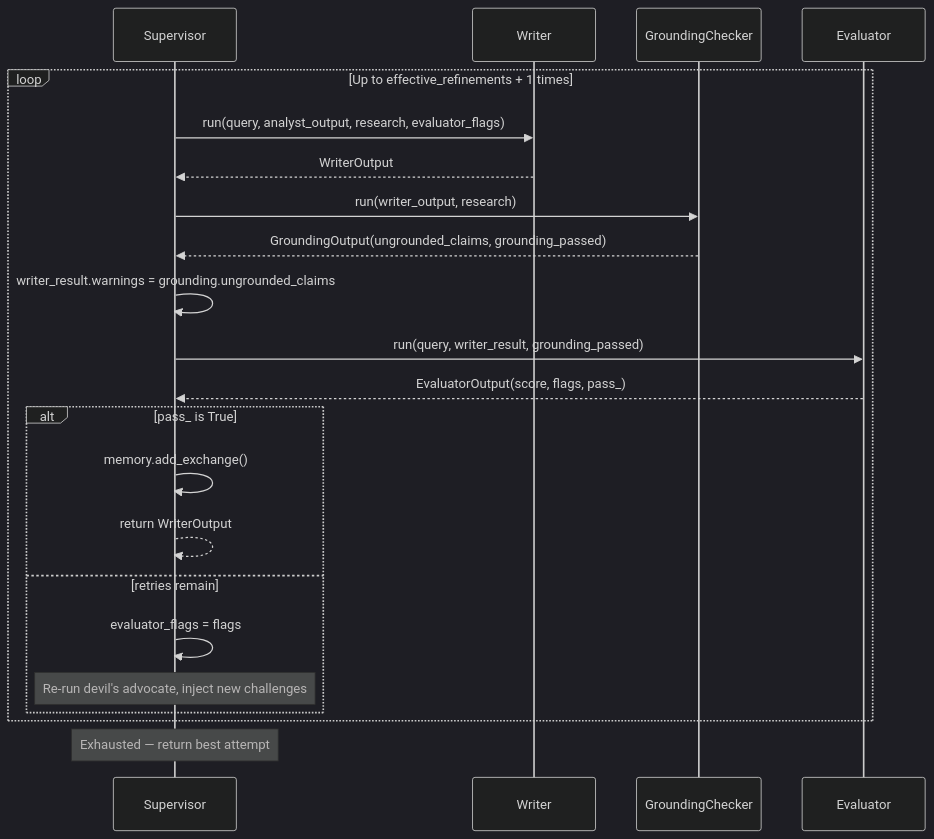
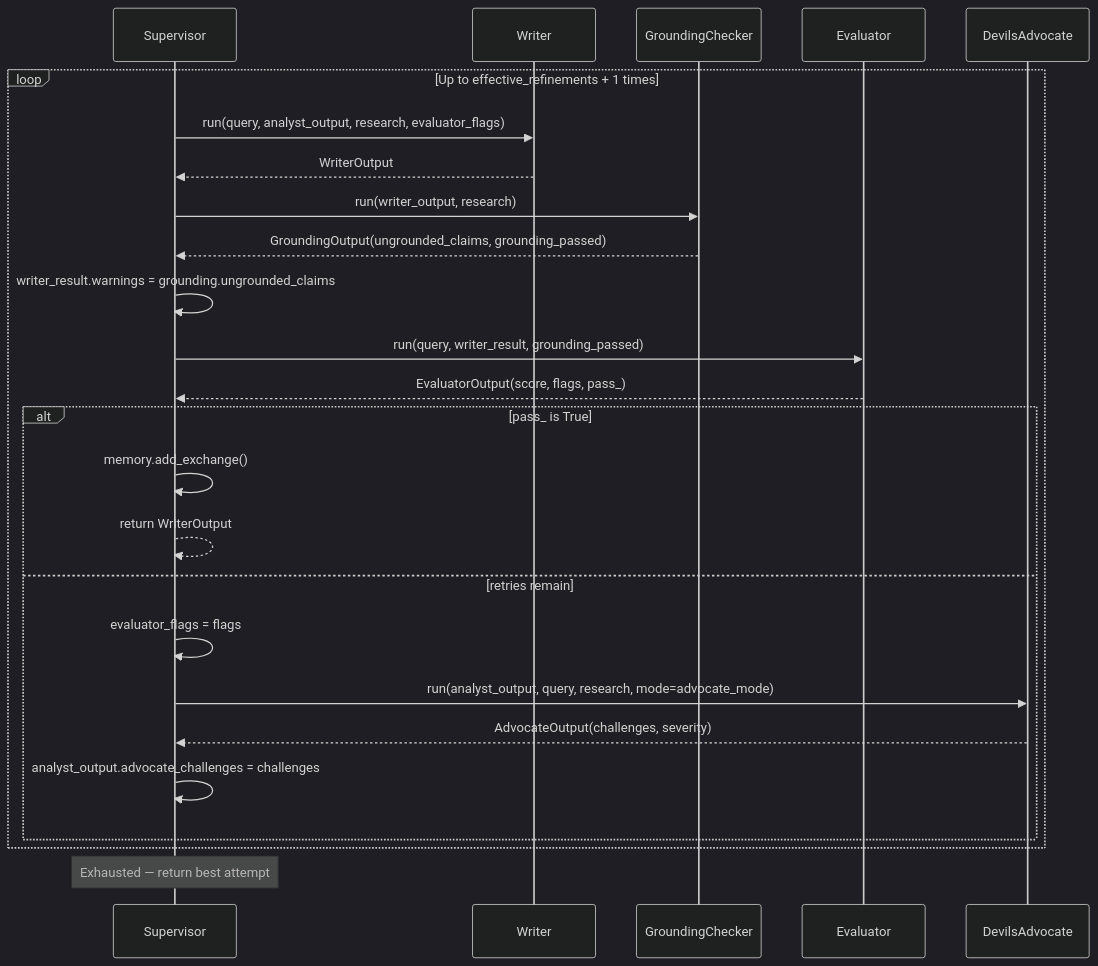
Before and after one commit to SamPowerCode/irish-statute-assistant: the second of 3 diagrams in docs/architecture/flows.md, drawn with Mermaid (dark theme).

Commit message:
docs: show devil's advocate re-run as explicit call in refinement loop diagram

````diff
--- a/docs/architecture/flows.md
+++ b/docs/architecture/flows.md
@@ -35,26 +35,29 @@
 ```{mermaid}
 sequenceDiagram
     participant S as Supervisor
     participant W as Writer
     participant G as GroundingChecker
     participant E as Evaluator
+    participant Ad as DevilsAdvocate
 
     loop Up to effective_refinements + 1 times
         S->>W: run(query, analyst_output, research, evaluator_flags)
         W-->>S: WriterOutput
         S->>G: run(writer_output, research)
         G-->>S: GroundingOutput(ungrounded_claims, grounding_passed)
         S->>S: writer_result.warnings = grounding.ungrounded_claims
         S->>E: run(query, writer_result, grounding_passed)
         E-->>S: EvaluatorOutput(score, flags, pass_)
 
         alt pass_ is True
             S->>S: memory.add_exchange()
             S-->>S: return WriterOutput
         else retries remain
             S->>S: evaluator_flags = flags
-            Note over S: Re-run devil's advocate, inject new challenges
+            S->>Ad: run(analyst_output, query, research, mode=advocate_mode)
+            Ad-->>S: AdvocateOutput(challenges, severity)
+            S->>S: analyst_output.advocate_challenges = challenges
         end
     end
     Note over S: Exhausted — return best attempt
 ```
````
